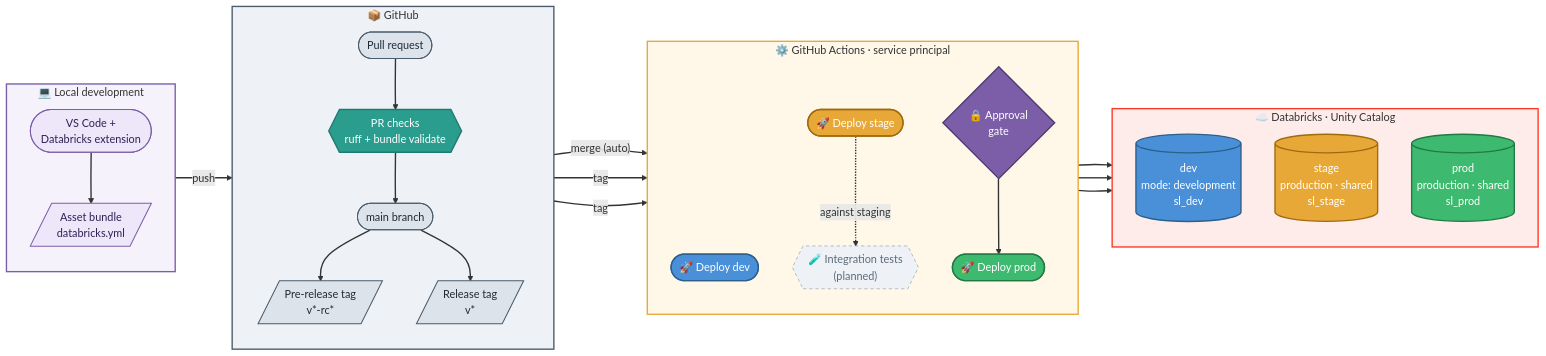
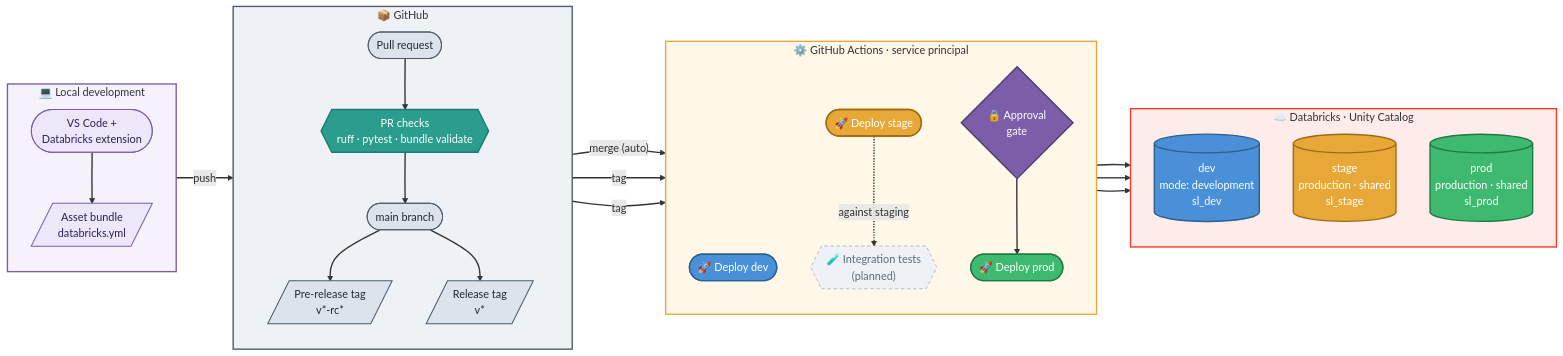
The first of 5 diagrams in README.md (schmucas/databricks_de_professional_practice), drawn with Mermaid before and after one commit. The commit also changed other lines of this file, not shown here.

````diff
--- a/README.md
+++ b/README.md
@@ -66,68 +66,68 @@
 ```mermaid
 flowchart LR
     subgraph local["💻 Local development"]
         direction TB
         IDE(["VS Code +<br/>Databricks extension"])
         BUNDLE[/"Asset bundle<br/>databricks.yml"/]
         IDE ==> BUNDLE
     end
 
     subgraph gh["📦 GitHub"]
         direction TB
         PR(["Pull request"])
-        CHECK{{"PR checks<br/>ruff + bundle validate"}}
+        CHECK{{"PR checks<br/>ruff · pytest · bundle validate"}}
         MAIN(["main branch"])
         RC[/"Pre-release tag<br/>v*-rc*"/]
         REL[/"Release tag<br/>v*"/]
         PR ==> CHECK ==> MAIN
         MAIN --> RC
         MAIN --> REL
     end
 
     subgraph act["⚙️ GitHub Actions · service principal"]
         direction TB
         DDEV(["🚀 Deploy dev"])
         DSTG(["🚀 Deploy stage"])
         ITEST{{"🧪 Integration tests<br/>(planned)"}}
         GATE{"🔒 Approval<br/>gate"}
         DPRD(["🚀 Deploy prod"])
     end
 
     subgraph dbx["☁️ Databricks · Unity Catalog"]
         direction TB
         DEV[("dev<br/>mode: development<br/>sl_dev")]
         STG[("stage<br/>production · shared<br/>sl_stage")]
         PRD[("prod<br/>production · shared<br/>sl_prod")]
     end
 
     BUNDLE ==>|"push"| PR
     MAIN ==>|"merge (auto)"| DDEV ==> DEV
     RC ==>|"tag"| DSTG ==> STG
     DSTG -.->|"against staging"| ITEST
     REL ==>|"tag"| GATE ==> DPRD ==> PRD
 
     classDef loc fill:#ede7f9,stroke:#7b5ea7,color:#2e2153,stroke-width:1.5px
     classDef vcs   fill:#dde3ea,stroke:#4b5b6b,color:#1f2a36,stroke-width:1.5px
     classDef check fill:#2a9d8f,stroke:#1f7a6f,color:#fff,stroke-width:2px
     classDef gate  fill:#7b5ea7,stroke:#4e3a6e,color:#fff,stroke-width:2px
     classDef dev   fill:#4a90d9,stroke:#2c5f8a,color:#fff,stroke-width:2px
     classDef stage fill:#e8a838,stroke:#a06b10,color:#fff,stroke-width:2px
     classDef prod  fill:#3dba6f,stroke:#217a44,color:#fff,stroke-width:2px
     classDef plan  fill:#eef2f6,stroke:#9aa3ad,color:#5b6b7b,stroke-dasharray:5 4
 
     class IDE,BUNDLE loc
     class PR,MAIN,RC,REL vcs
     class CHECK check
     class GATE gate
     class DDEV,DEV dev
     class DSTG,STG stage
     class DPRD,PRD prod
     class ITEST plan
 
     style local fill:#f6f2fc,stroke:#7b5ea7,stroke-width:2px
     style gh    fill:#eef1f5,stroke:#4b5b6b,stroke-width:2px
     style act   fill:#fff7e8,stroke:#e8a838,stroke-width:2px
     style dbx   fill:#fdecea,stroke:#FF3621,stroke-width:2px
 
     linkStyle default stroke-width:2px
 ```
````
